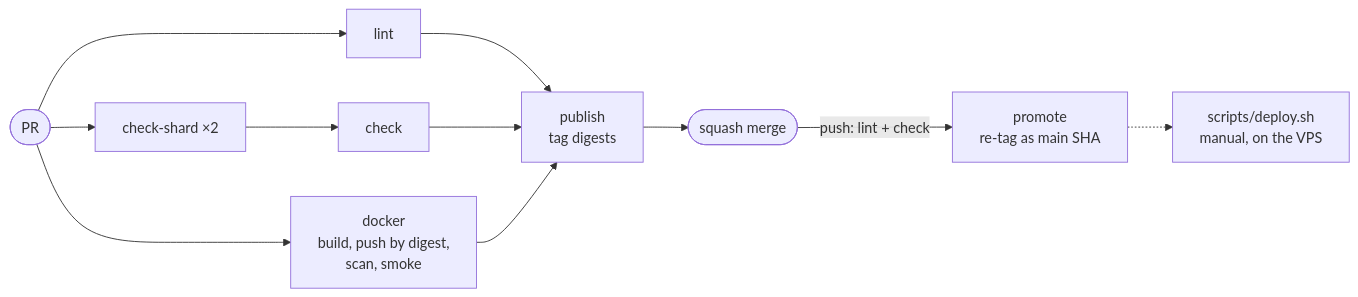
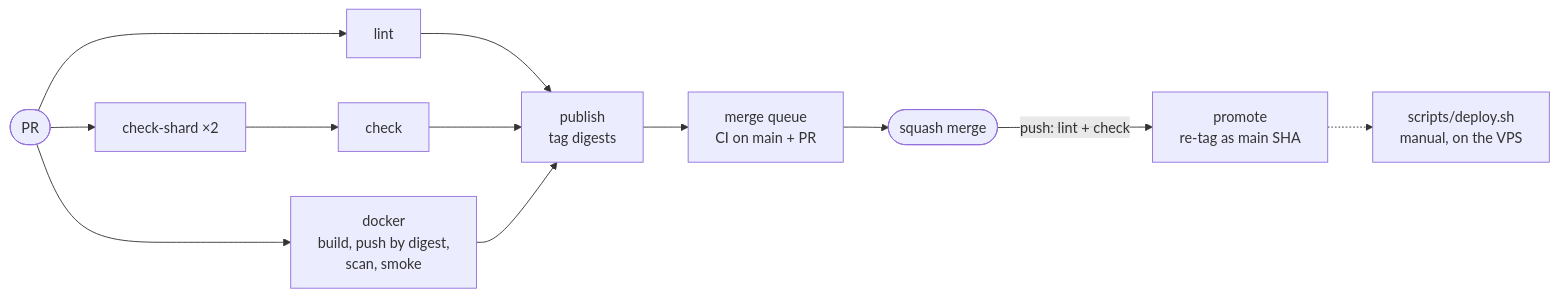
One commit to Projekt-Manager-Org/Projekt-Manager changed the third of 5 diagrams in ARCHITECTURE.md. Above: the diagram before and after it, drawn with Mermaid. The commit also changed 6 other files, not shown here.

First line of the commit message:
fix(deps): merge queue on, Renovate rebases only on conflict (#668) (#682)

````diff
--- a/ARCHITECTURE.md
+++ b/ARCHITECTURE.md
@@ -376,9 +376,9 @@
 ```mermaid
 flowchart LR
   pr([PR]) --> lint & shard["check-shard ×2"] & docker["docker<br/>build, push by digest,<br/>scan, smoke"]
   shard --> check
   lint & check & docker --> publish["publish<br/>tag digests"]
-  publish --> merge([squash merge])
+  publish --> queue["merge queue<br/>CI on main + PR"] --> merge([squash merge])
   merge -->|"push: lint + check"| promote["promote<br/>re-tag as main SHA"]
   promote -.-> deploy["scripts/deploy.sh<br/>manual, on the VPS"]
 ```
````
